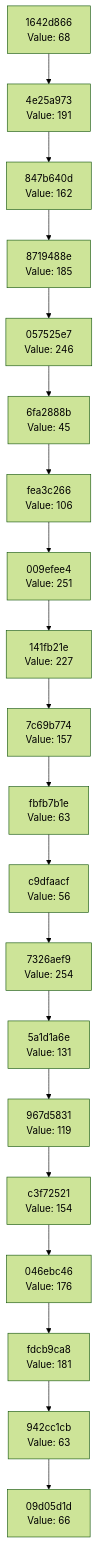
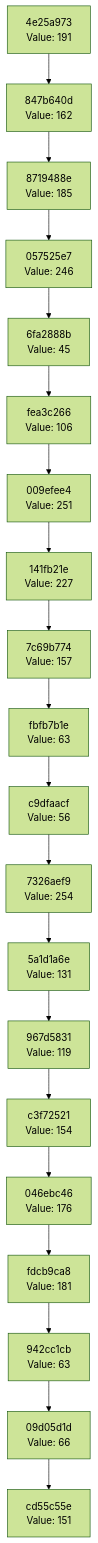
One commit to Abhisheksinha1506/hash-chain-evolver changed the diagram in docs/CHAIN_VISUALIZATION.md. Above: the diagram before and after it, drawn with Mermaid (forest theme). The commit also changed 2 other files, not shown here.

Commit message:
Evolution step: hash 0x97 → action executed

````diff
--- a/docs/CHAIN_VISUALIZATION.md
+++ b/docs/CHAIN_VISUALIZATION.md
@@ -3,42 +3,42 @@
 ```mermaid
 graph TD
-    C0["09d05d1d<br/>Value: 66"]
-    C1["942cc1cb<br/>Value: 63"]
+    C0["cd55c55e<br/>Value: 151"]
+    C1["09d05d1d<br/>Value: 66"]
     C1 --> C0
-    C2["fdcb9ca8<br/>Value: 181"]
+    C2["942cc1cb<br/>Value: 63"]
     C2 --> C1
-    C3["046ebc46<br/>Value: 176"]
+    C3["fdcb9ca8<br/>Value: 181"]
     C3 --> C2
-    C4["c3f72521<br/>Value: 154"]
+    C4["046ebc46<br/>Value: 176"]
     C4 --> C3
-    C5["967d5831<br/>Value: 119"]
+    C5["c3f72521<br/>Value: 154"]
     C5 --> C4
-    C6["5a1d1a6e<br/>Value: 131"]
+    C6["967d5831<br/>Value: 119"]
     C6 --> C5
-    C7["7326aef9<br/>Value: 254"]
+    C7["5a1d1a6e<br/>Value: 131"]
     C7 --> C6
-    C8["c9dfaacf<br/>Value: 56"]
+    C8["7326aef9<br/>Value: 254"]
     C8 --> C7
-    C9["fbfb7b1e<br/>Value: 63"]
+    C9["c9dfaacf<br/>Value: 56"]
     C9 --> C8
-    C10["7c69b774<br/>Value: 157"]
+    C10["fbfb7b1e<br/>Value: 63"]
     C10 --> C9
-    C11["141fb21e<br/>Value: 227"]
+    C11["7c69b774<br/>Value: 157"]
     C11 --> C10
-    C12["009efee4<br/>Value: 251"]
+    C12["141fb21e<br/>Value: 227"]
     C12 --> C11
-    C13["fea3c266<br/>Value: 106"]
+    C13["009efee4<br/>Value: 251"]
     C13 --> C12
-    C14["6fa2888b<br/>Value: 45"]
+    C14["fea3c266<br/>Value: 106"]
     C14 --> C13
-    C15["057525e7<br/>Value: 246"]
+    C15["6fa2888b<br/>Value: 45"]
     C15 --> C14
-    C16["8719488e<br/>Value: 185"]
+    C16["057525e7<br/>Value: 246"]
     C16 --> C15
-    C17["847b640d<br/>Value: 162"]
+    C17["8719488e<br/>Value: 185"]
     C17 --> C16
-    C18["4e25a973<br/>Value: 191"]
+    C18["847b640d<br/>Value: 162"]
     C18 --> C17
-    C19["1642d866<br/>Value: 68"]
+    C19["4e25a973<br/>Value: 191"]
     C19 --> C18
 ```
````
